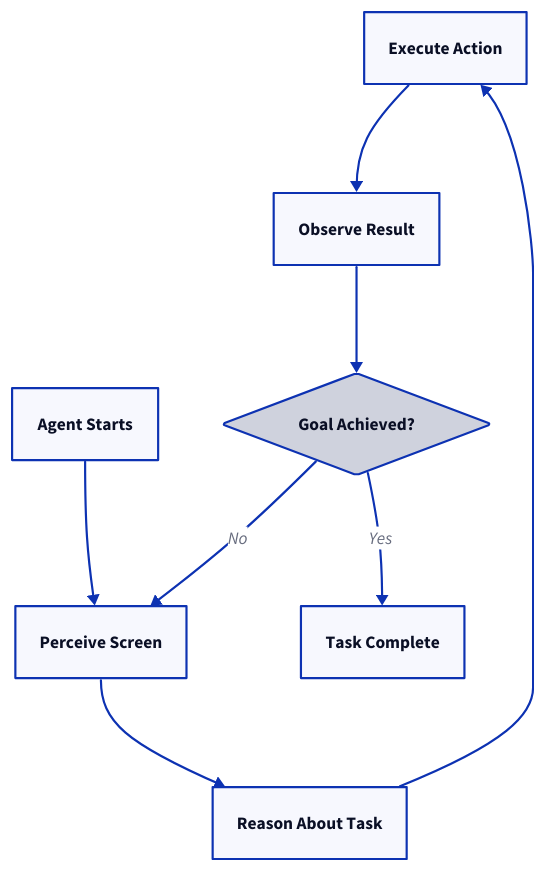
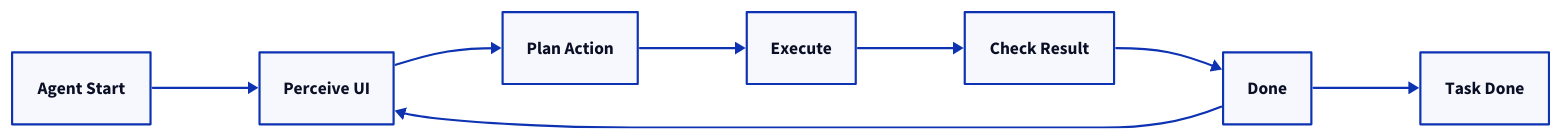
Before and after one commit to tallyfy/documentation: the second of 3 diagrams in src/content/docs/pro/integrations/computer-ai-agents/local-computer-use-agents.mdx, drawn with D2. The commit also changed other lines of this file and 605 other files, not shown here.

````diff
--- a/src/content/docs/pro/integrations/computer-ai-agents/local-computer-use-agents.mdx
+++ b/src/content/docs/pro/integrations/computer-ai-agents/local-computer-use-agents.mdx
@@ -99,21 +93,16 @@
 ```d2
-Act: "Act"
-Observe: "Observe"
-Perceive: "Perceive"
-Reason: "Reason"
-Start: "Start"
-Start: "Agent Starts"
-Perceive: "Perceive Screen"
-Reason: "Reason About Task"
-Act: "Execute Action"
-Observe: "Observe Result"
-Check: "Goal Achieved?" {shape: diamond}
-End: "Task Complete"
+direction: right
+Start: Agent Start
+Perceive: Perceive UI
+Reason: Plan Action
+Act: Execute
+Observe: Check Result
+End: Task Done
 Start -> Perceive
 Perceive -> Reason
 Reason -> Act
 Act -> Observe
-Observe -> Check
-Check -> Perceive: "No"
-Check -> End: "Yes"
+Observe -> Done
+Done -> Perceive
+Done -> End
 ```
````
